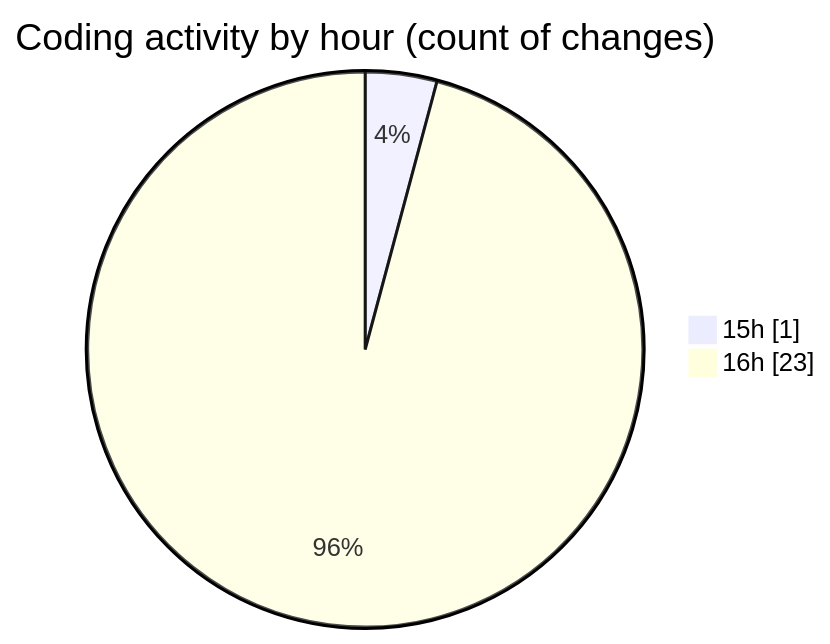
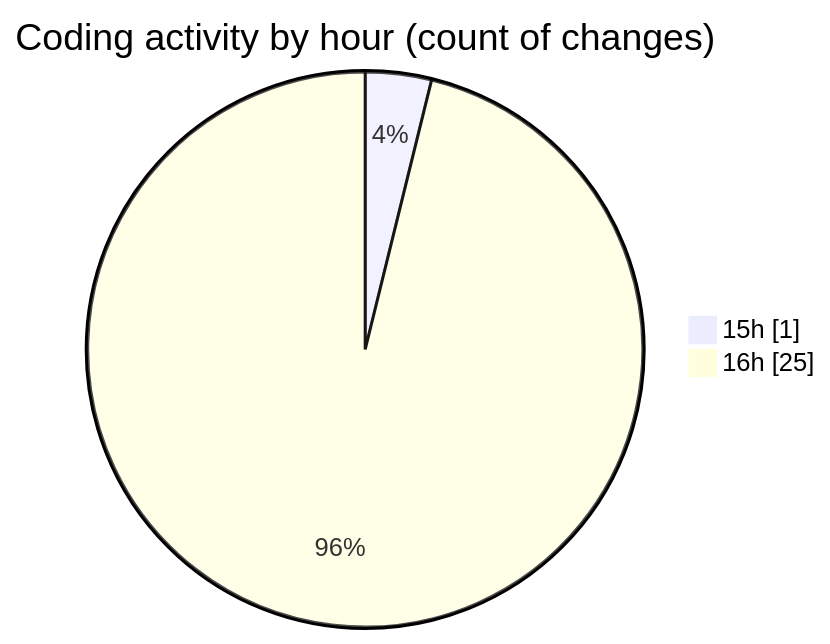
The second of 2 diagrams in 2025-07-21/fish/README.md (EIIisD/code-tracking), drawn with Mermaid before and after one commit. The commit also changed other lines of this file and 1 other file, not shown here.

````diff
--- a/2025-07-21/fish/README.md
+++ b/2025-07-21/fish/README.md
@@ -33,6 +35,6 @@
 ```mermaid
 pie showData
 title Coding activity by hour (count of changes)
 "15h" : 1
-"16h" : 23
+"16h" : 25
 ```
````
